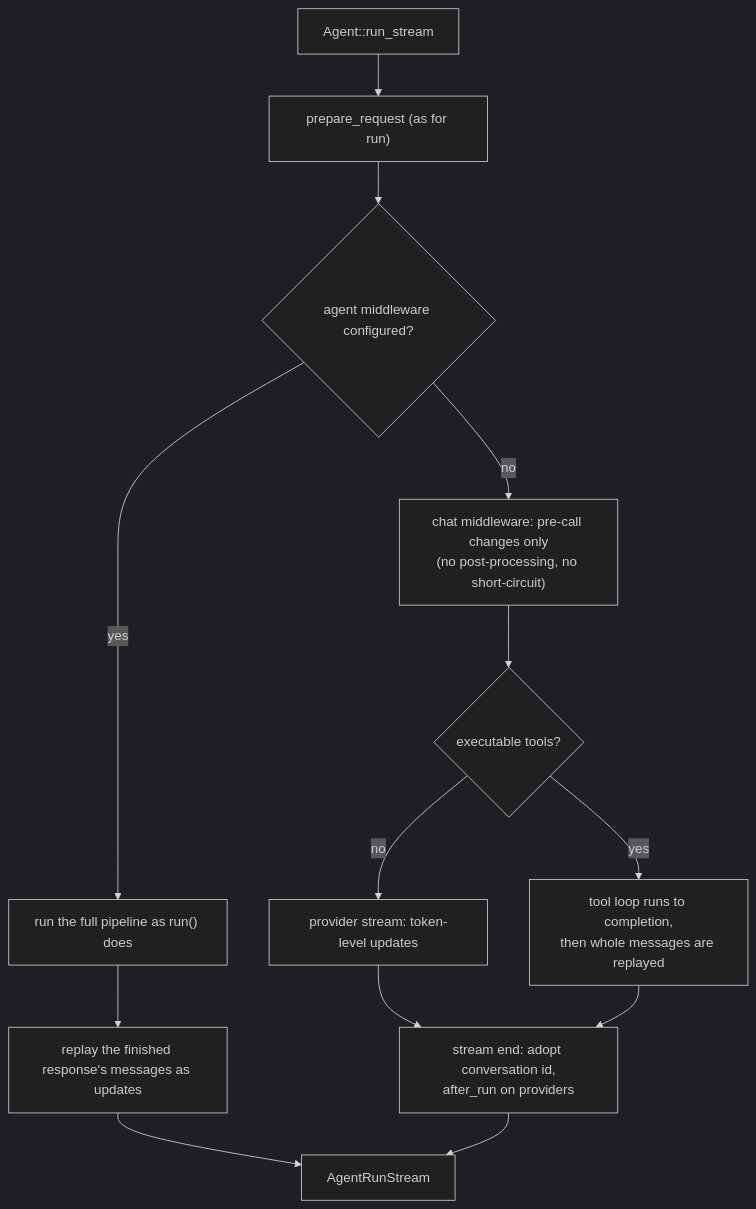
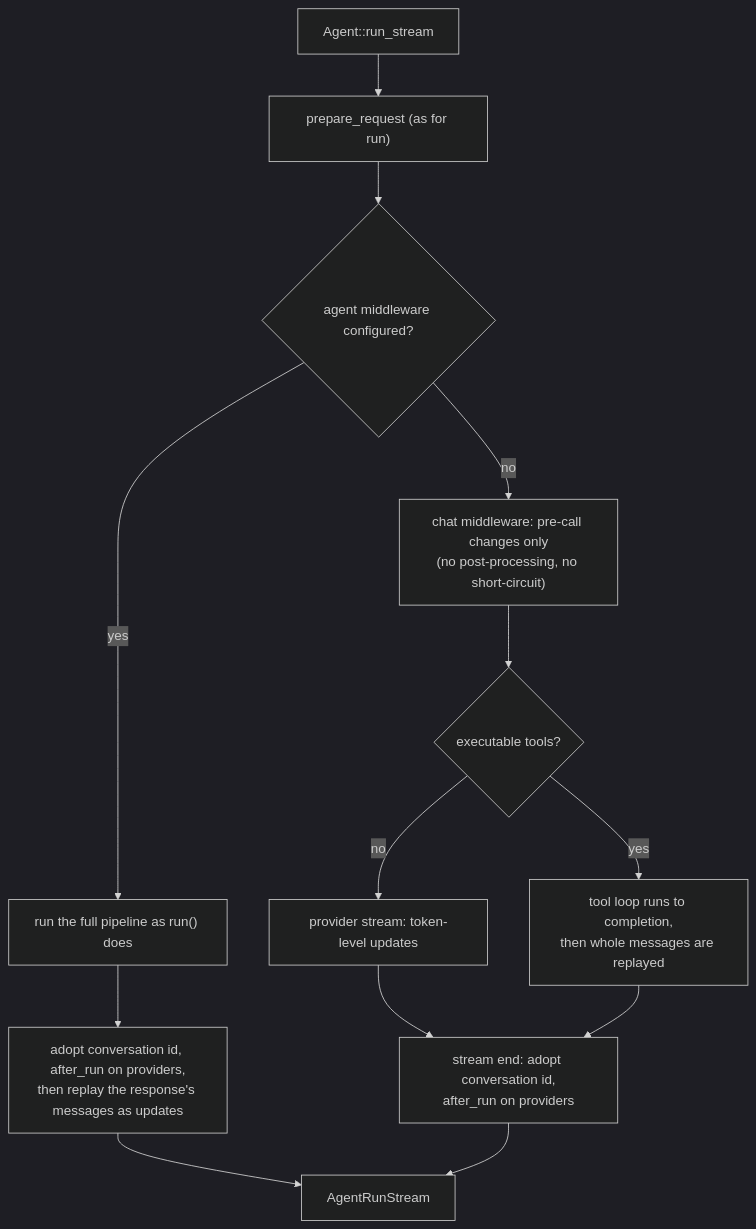
One commit to CodeHalwell/AgentGuides changed the fourth of 20 diagrams in src/content/docs/microsoft-agent-framework-guide/rust/microsoft_agent_framework_rust_diagrams.md. Above: the diagram before and after it, drawn with Mermaid (dark theme). The commit also changed other lines of this file, not shown here.

Commit message:
WIP: guide pages in progress
Claude-Session: https://claude.ai/code/session_017jcP9PCHBTmRhJ8afMv7zM

````diff
--- a/src/content/docs/microsoft-agent-framework-guide/rust/microsoft_agent_framework_rust_diagrams.md
+++ b/src/content/docs/microsoft-agent-framework-guide/rust/microsoft_agent_framework_rust_diagrams.md
@@ -97,15 +97,15 @@
 ```mermaid
 flowchart TD
     rs["Agent::run_stream"] --> prep["prepare_request (as for run)"]
     prep --> has{"agent middleware configured?"}
     has -- yes --> core["run the full pipeline as run() does"]
-    core --> replay["replay the finished response's messages as updates"]
+    core --> replay["adopt conversation id, after_run on providers,<br/>then replay the response's messages as updates"]
     has -- no --> pre["chat middleware: pre-call changes only<br/>(no post-processing, no short-circuit)"]
     pre --> tools{"executable tools?"}
     tools -- no --> tokens["provider stream: token-level updates"]
     tools -- yes --> whole["tool loop runs to completion,<br/>then whole messages are replayed"]
     tokens --> end_["stream end: adopt conversation id,<br/>after_run on providers"]
     whole --> end_
     replay --> out["AgentRunStream"]
     end_ --> out
 ```
````
